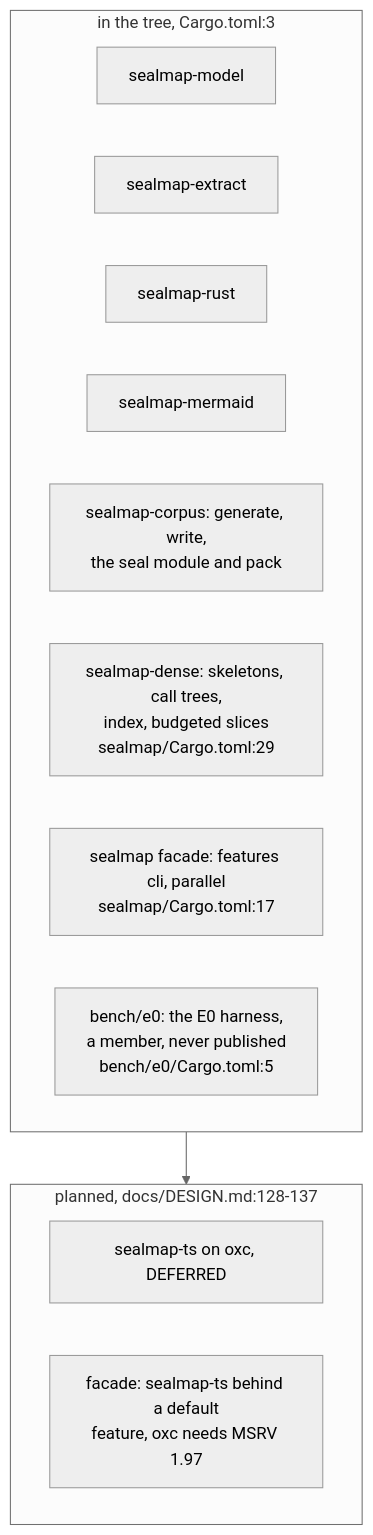
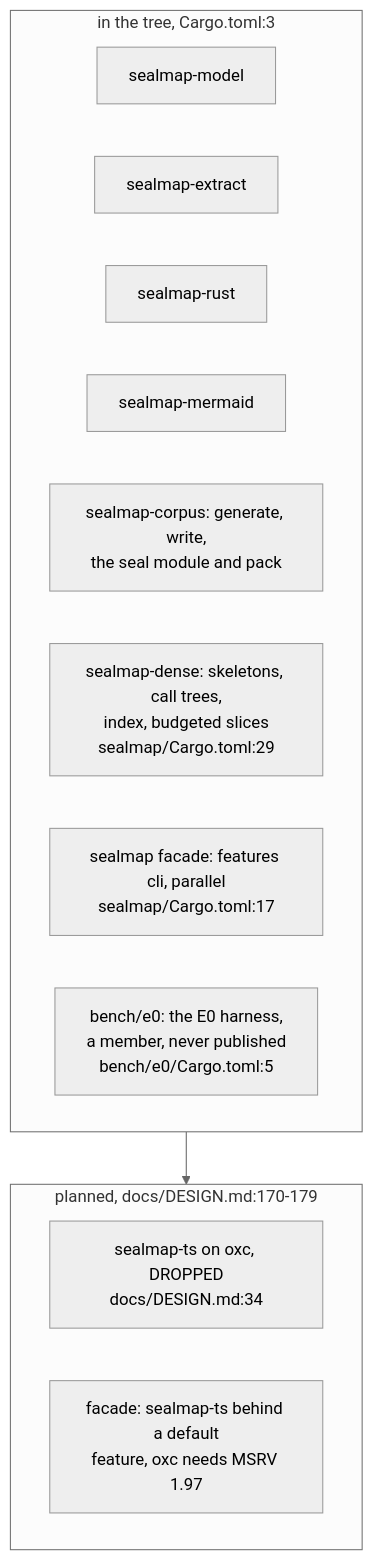
Before and after one commit to DreamLab-AI/codemaid: the fifth of 6 diagrams in docs/diagrams/delivery/02-design-versus-code.md, drawn with Mermaid (neutral theme). The commit also changed other lines of this file and 7 other files, not shown here.

First line of the commit message:
docs(diagrams): align DEL-01, DEL-02, COR-04, COR-06 and MOD-02 with the evidence

````diff
--- a/docs/diagrams/delivery/02-design-versus-code.md
+++ b/docs/diagrams/delivery/02-design-versus-code.md
@@ -208,18 +218,18 @@
 ```mermaid
 flowchart TB
     subgraph HAVE["in the tree, Cargo.toml:3"]
         H1["sealmap-model"]
         H2["sealmap-extract"]
         H3["sealmap-rust"]
         H4["sealmap-mermaid"]
         H5["sealmap-corpus: generate, write,<br/>the seal module and pack"]
         H7["sealmap-dense: skeletons, call trees,<br/>index, budgeted slices<br/>sealmap/Cargo.toml:29"]
         H6["sealmap facade: features cli, parallel<br/>sealmap/Cargo.toml:17"]
         H8["bench/e0: the E0 harness,<br/>a member, never published<br/>bench/e0/Cargo.toml:5"]
     end
-    subgraph PLANNED["planned, docs/DESIGN.md:128-137"]
-        P3["sealmap-ts on oxc, DEFERRED"]
+    subgraph PLANNED["planned, docs/DESIGN.md:170-179"]
+        P3["sealmap-ts on oxc, DROPPED<br/>docs/DESIGN.md:34"]
         P4["facade: sealmap-ts behind a default<br/>feature, oxc needs MSRV 1.97"]
     end
     HAVE --> PLANNED
 ```
````
